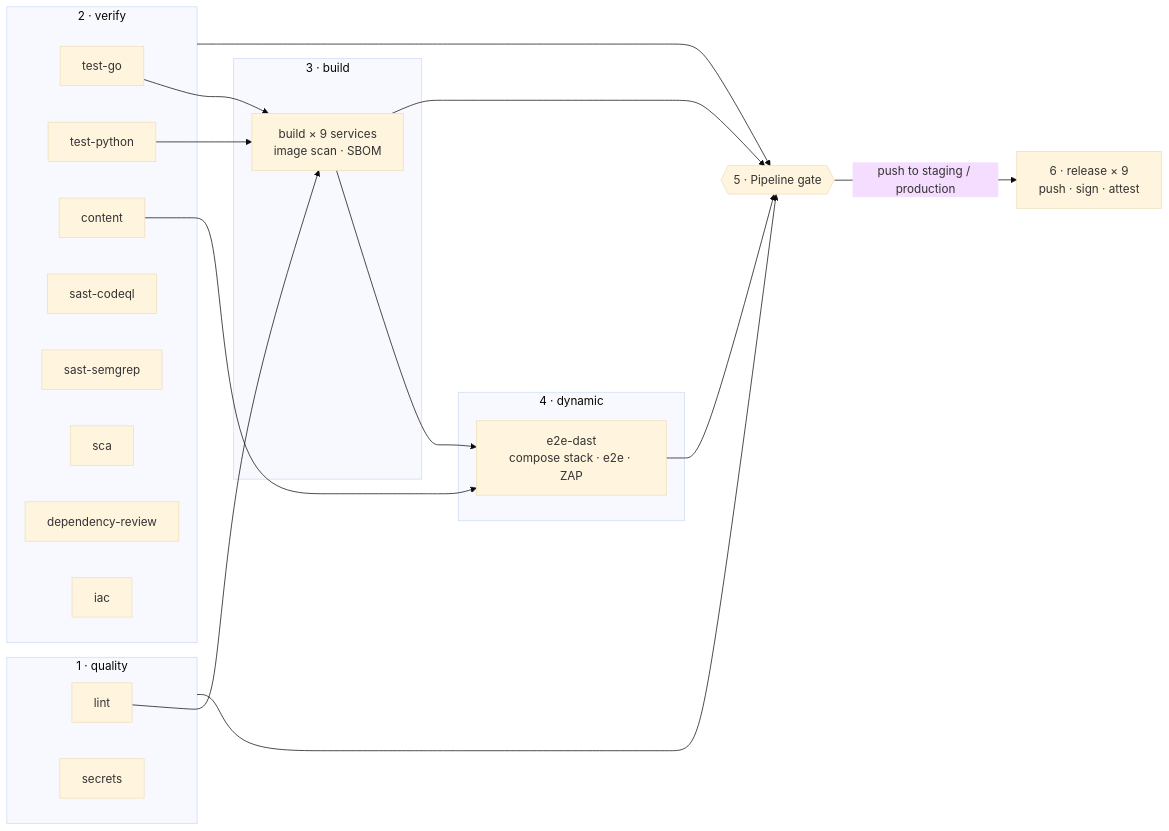
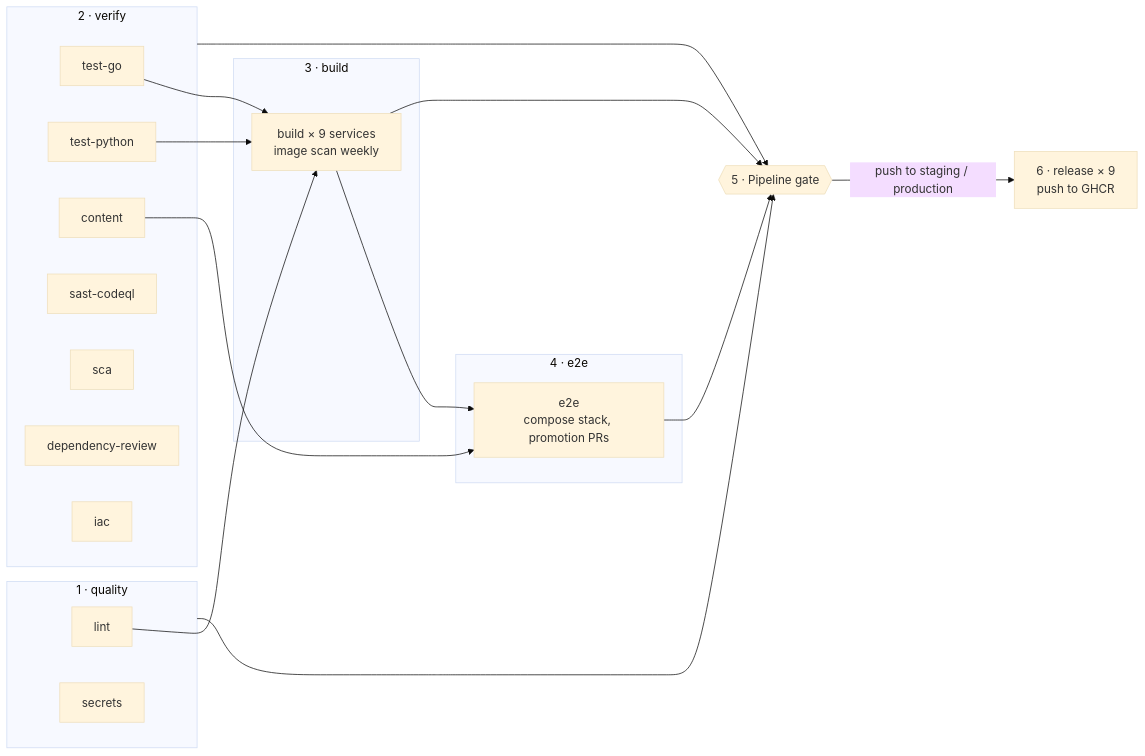
Before and after one commit to yusufarbc/elastic-genai-secops: the second of 2 diagrams in docs/operations/ci-cd.md, drawn with Mermaid (base theme). The commit also changed other lines of this file and 10 other files, not shown here.

````diff
--- a/docs/operations/ci-cd.md
+++ b/docs/operations/ci-cd.md
@@ -77,30 +78,29 @@
 ```mermaid
 flowchart LR
     subgraph Q[1 · quality]
         L[lint]
         SEC[secrets]
     end
     subgraph V[2 · verify]
         TG[test-go]
         TP[test-python]
         C[content]
         CQ[sast-codeql]
-        SG[sast-semgrep]
         SCA[sca]
         DR[dependency-review]
         IAC[iac]
     end
     subgraph B[3 · build]
-        BI[build × 9 services<br/>image scan · SBOM]
+        BI[build × 9 services<br/>image scan weekly]
     end
-    subgraph DY[4 · dynamic]
-        E[e2e-dast<br/>compose stack · e2e · ZAP]
+    subgraph DY[4 · e2e]
+        E[e2e<br/>compose stack, promotion PRs]
     end
     G{{5 · Pipeline gate}}
-    R[6 · release × 9<br/>push · sign · attest]
+    R[6 · release × 9<br/>push to GHCR]
 
     L & TG & TP --> BI
     BI & C --> E
     Q & V & BI & E --> G
     G -->|push to staging / production| R
 ```
````
